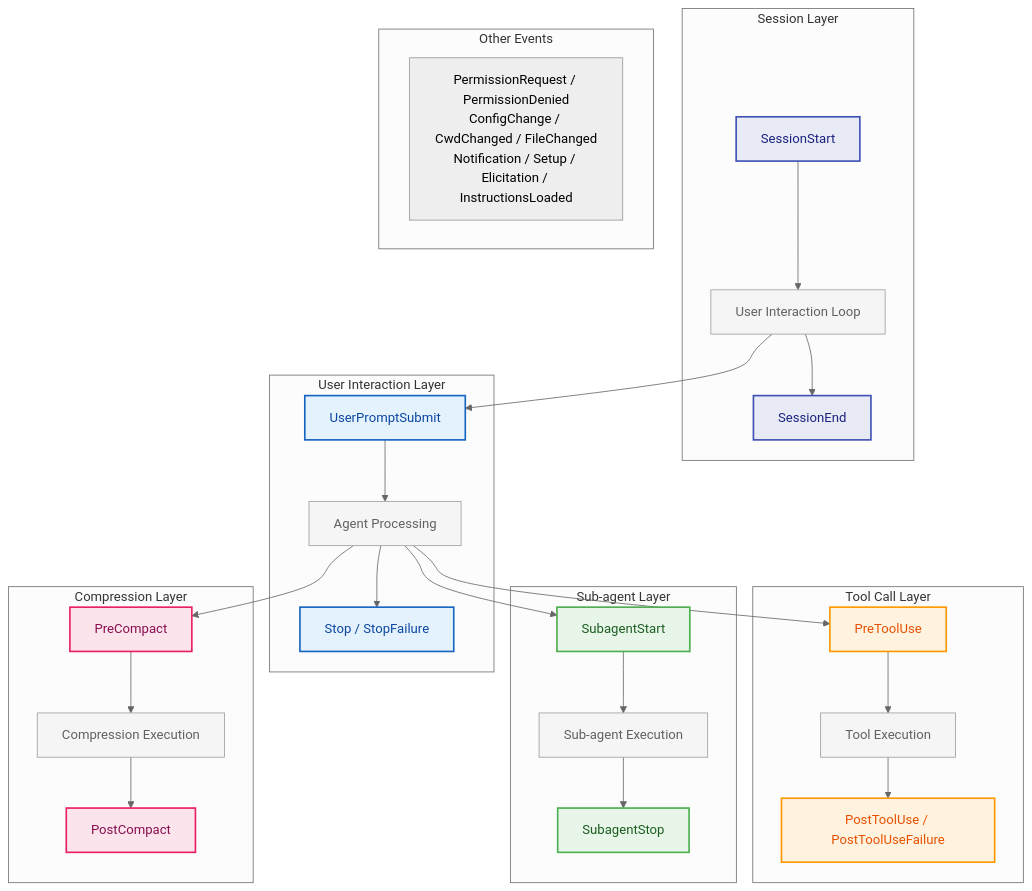
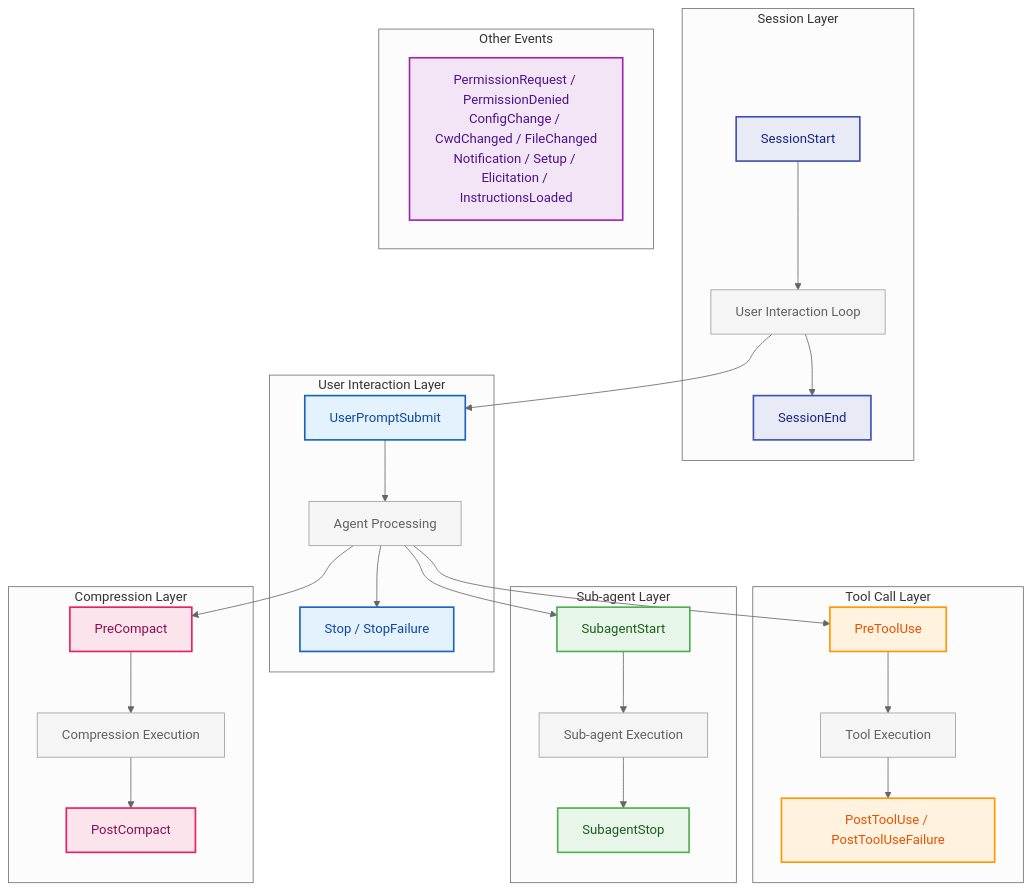
The fourth of 8 diagrams in en/Part-2-Core-Systems/08-The-Hook-System-Agent-Lifecycle-Extension-Points.md (zhuguang-ZFG/claude-code-book), drawn with Mermaid (neutral theme) before and after one commit. The commit also changed other lines of this file and 21 other files, not shown here.

````diff
--- a/en/Part-2-Core-Systems/08-The-Hook-System-Agent-Lifecycle-Extension-Points.md
+++ b/en/Part-2-Core-Systems/08-The-Hook-System-Agent-Lifecycle-Extension-Points.md
@@ -217,52 +217,52 @@
 ```mermaid
 flowchart TD
     subgraph SessionLayer["Session Layer"]
         SessionStart["SessionStart"] --> UserLoop["User Interaction Loop"]
         UserLoop --> SessionEnd["SessionEnd"]
     end
 
     subgraph UserInteractionLayer["User Interaction Layer"]
         UserPromptSubmit["UserPromptSubmit"] --> AgentProcess["Agent Processing"]
         AgentProcess --> Stop["Stop / StopFailure"]
     end
 
     subgraph ToolCallLayer["Tool Call Layer"]
         PreToolUse["PreToolUse"] --> ToolExec["Tool Execution"]
         ToolExec --> PostToolUse["PostToolUse / PostToolUseFailure"]
     end
 
     subgraph SubAgentLayer["Sub-agent Layer"]
         SubagentStart["SubagentStart"] --> SubagentExec["Sub-agent Execution"]
         SubagentExec --> SubagentStop["SubagentStop"]
     end
 
     subgraph CompressionLayer["Compression Layer"]
         PreCompact["PreCompact"] --> CompactExec["Compression Execution"]
         CompactExec --> PostCompact["PostCompact"]
     end
 
     subgraph OtherEvents["Other Events"]
         Other["PermissionRequest / PermissionDenied<br/>ConfigChange / CwdChanged / FileChanged<br/>Notification / Setup / Elicitation / InstructionsLoaded"]
     end
 
     UserLoop --> UserPromptSubmit
     AgentProcess --> PreToolUse
     AgentProcess --> SubagentStart
     AgentProcess --> PreCompact
 
     classDef session fill:#e8eaf6,stroke:#3f51b5,stroke-width:2px,color:#1a237e
     classDef user fill:#e3f2fd,stroke:#1565c0,stroke-width:2px,color:#0d47a1
     classDef tool fill:#fff3e0,stroke:#ff9800,stroke-width:2px,color:#e65100
     classDef sub fill:#e8f5e9,stroke:#4caf50,stroke-width:2px,color:#1b5e20
     classDef compact fill:#fce4ec,stroke:#e91e63,stroke-width:2px,color:#880e4f
     classDef other fill:#f3e5f5,stroke:#9c27b0,stroke-width:2px,color:#4a148c
     classDef process fill:#f5f5f5,stroke:#9e9e9e,stroke-width:1px,color:#616161
 
     class SessionStart,SessionEnd session
     class UserPromptSubmit,Stop user
     class PreToolUse,PostToolUse,PostToolUseFailure tool
     class SubagentStart,SubagentStop sub
     class PreCompact,PostCompact compact
-    class Other 其他events
+    class Other other
     class ToolExec,AgentProcess,SubagentExec,CompactExec,UserLoop process
 ```
````
